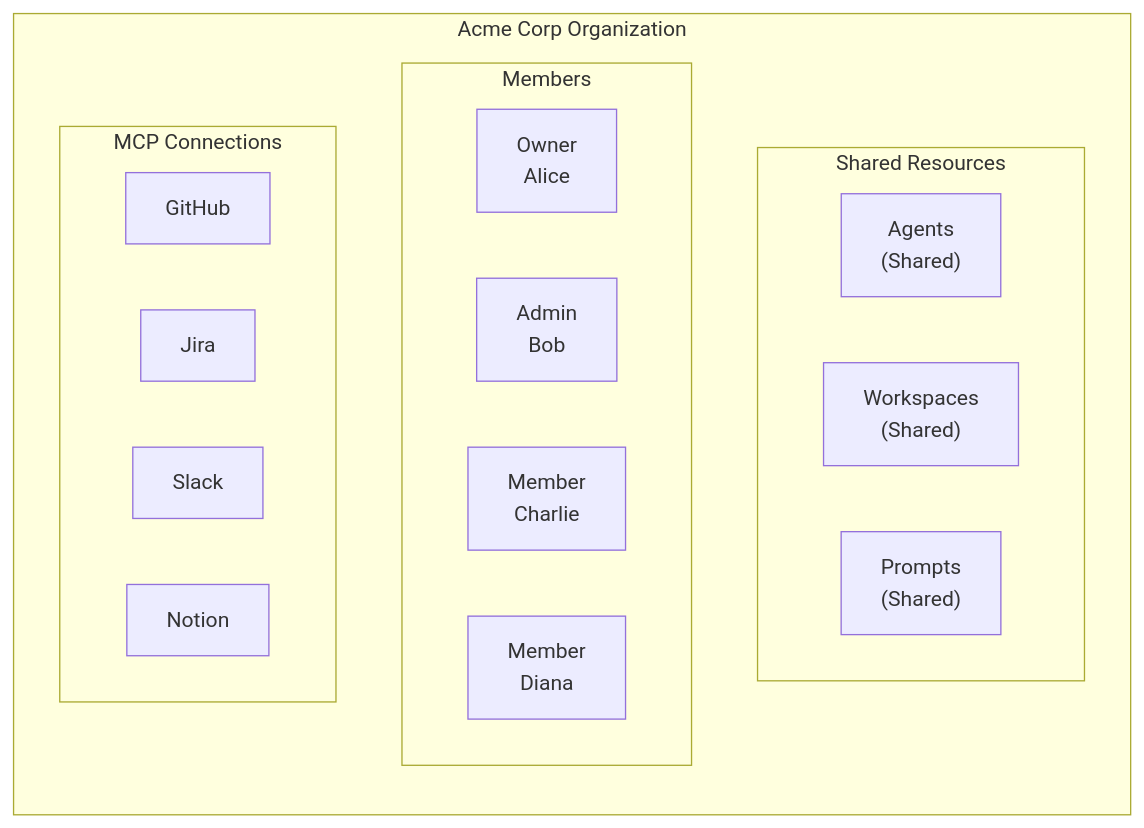
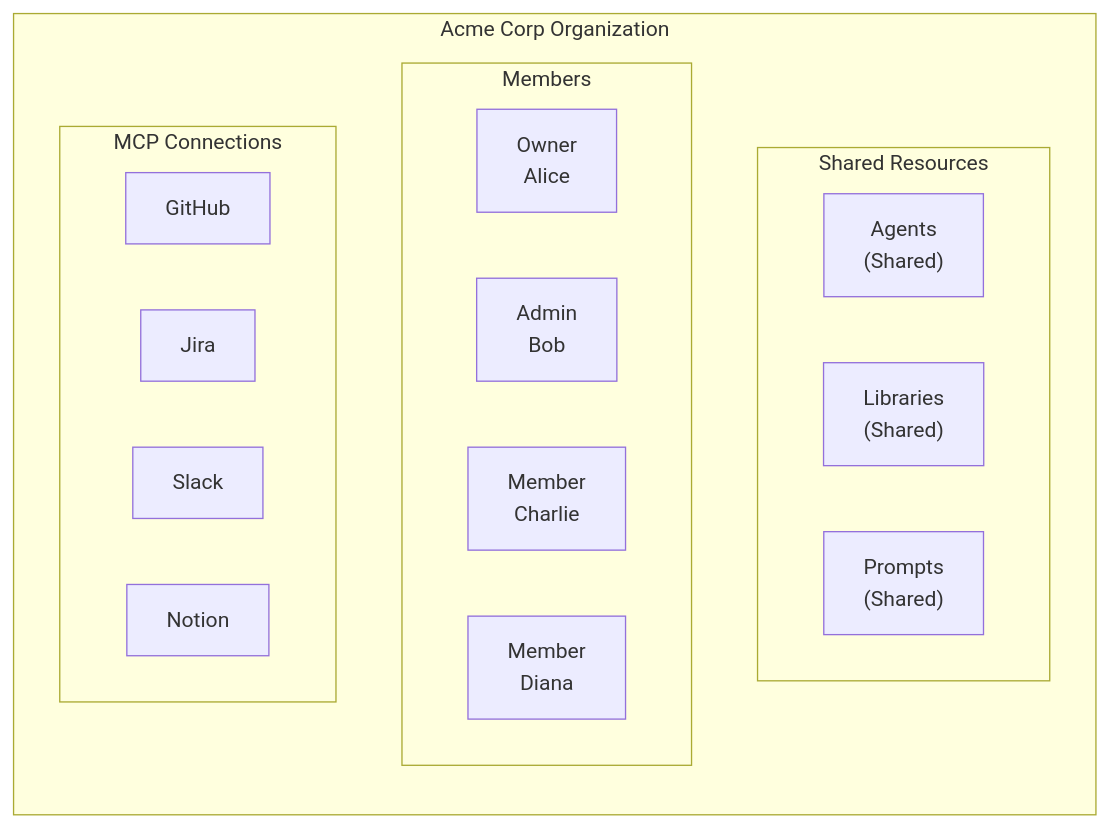
Before and after one commit to Fabric-Pro/fabric-oss: the first of 3 diagrams in apps/web/content/docs/features/organizations.mdx, drawn with Mermaid. The commit also changed other lines of this file and 1129 other files, not shown here.

````diff
--- a/apps/web/content/docs/features/organizations.mdx
+++ b/apps/web/content/docs/features/organizations.mdx
@@ -12,26 +12,26 @@
 ```mermaid
 flowchart TB
     subgraph ORG["Acme Corp Organization"]
         direction TB
 
         subgraph RESOURCES["Shared Resources"]
             A["Agents<br/>(Shared)"]
-            W["Workspaces<br/>(Shared)"]
+            W["Libraries<br/>(Shared)"]
             P["Prompts<br/>(Shared)"]
         end
 
         subgraph MEMBERS["Members"]
             M1["Owner<br/>Alice"]
             M2["Admin<br/>Bob"]
             M3["Member<br/>Charlie"]
             M4["Member<br/>Diana"]
         end
 
         subgraph MCP["MCP Connections"]
             C1["GitHub"]
             C2["Jira"]
             C3["Slack"]
             C4["Notion"]
         end
     end
 ```
````
